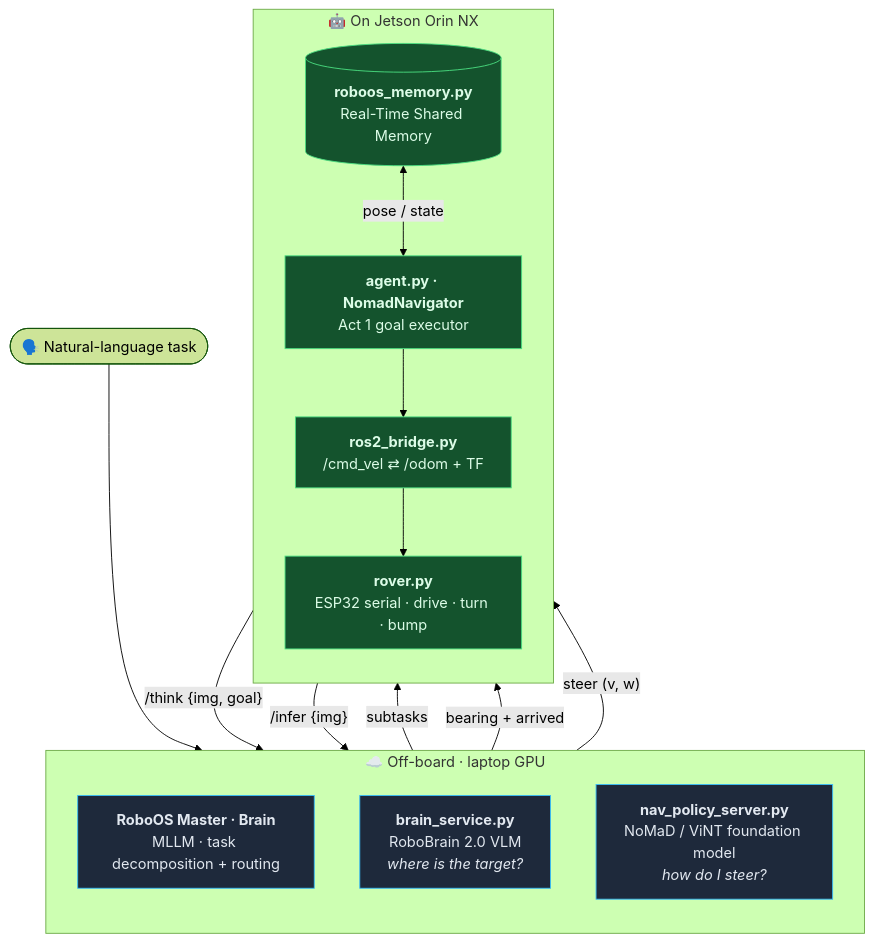
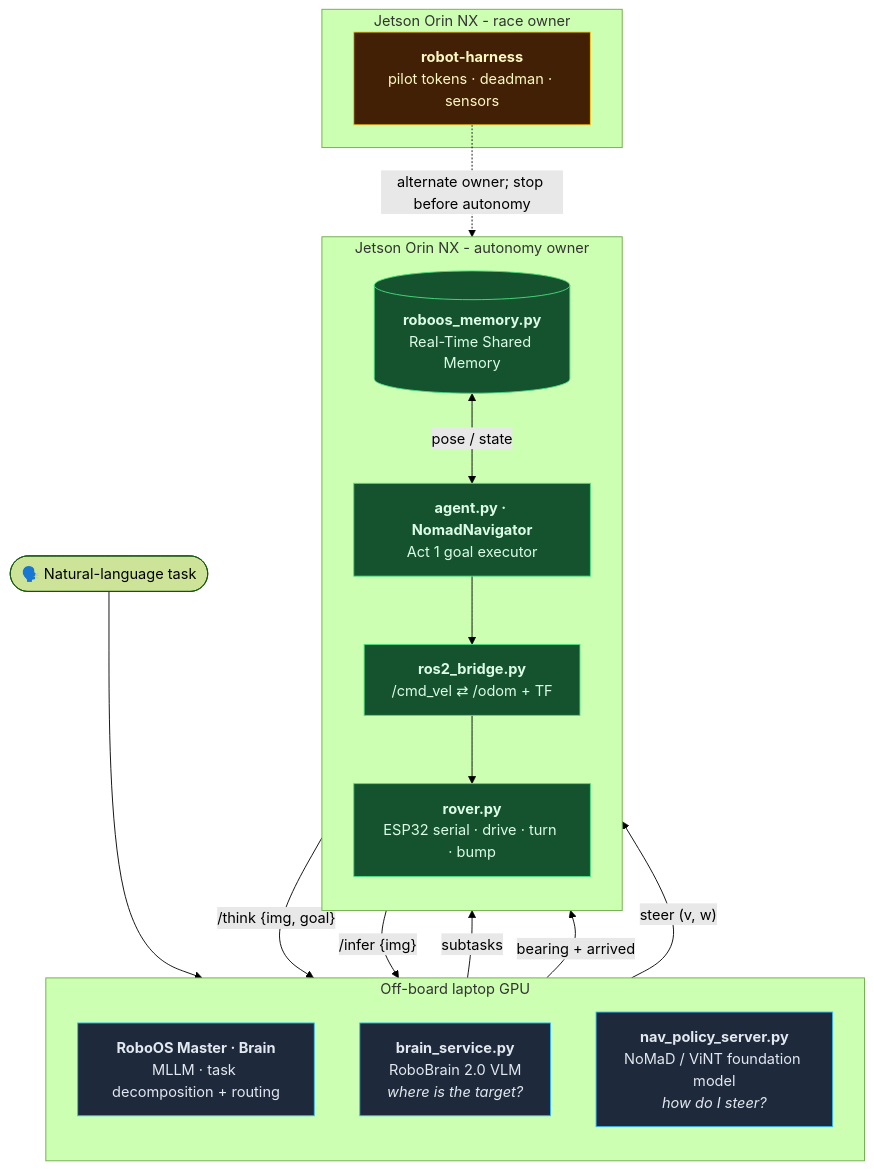
One commit to 0xSoftBoi/onchain-rover-solana changed the first of 4 diagrams in ROBOTICS.md. Above: the diagram before and after it, drawn with Mermaid (forest theme). The commit also changed other lines of this file and 31 other files, not shown here.

Commit message:
Update Clanker500 docs and show flow

````diff
--- a/ROBOTICS.md
+++ b/ROBOTICS.md
@@ -23,28 +30,34 @@
 ```mermaid
 flowchart TB
     task(["🗣️ Natural-language task"]) --> Brain
-    subgraph CLOUD["☁️ Off-board · laptop GPU"]
+    subgraph CLOUD["Off-board laptop GPU"]
       direction TB
       Brain["<b>RoboOS Master · Brain</b><br/>MLLM · task decomposition + routing"]
       RB["<b>brain_service.py</b><br/>RoboBrain 2.0 VLM<br/><i>where is the target?</i>"]
       NM["<b>nav_policy_server.py</b><br/>NoMaD / ViNT foundation model<br/><i>how do I steer?</i>"]
     end
-    subgraph EDGE["🤖 On Jetson Orin NX"]
+    subgraph EDGE["Jetson Orin NX - autonomy owner"]
       direction TB
       AG["<b>agent.py · NomadNavigator</b><br/>Act 1 goal executor"]
       BR["<b>ros2_bridge.py</b><br/>/cmd_vel ⇄ /odom + TF"]
       RV["<b>rover.py</b><br/>ESP32 serial · drive · turn · bump"]
       MEM[("<b>roboos_memory.py</b><br/>Real-Time Shared Memory")]
+    end
+    subgraph RACE["Jetson Orin NX - race owner"]
+      RH["<b>robot-harness</b><br/>pilot tokens · deadman · sensors"]
     end
     Brain -->|subtasks| AG
     AG -->|"/think {img, goal}"| RB
     RB -->|"bearing + arrived"| AG
     AG -->|"/infer {img}"| NM
     NM -->|"steer (v, w)"| AG
     AG --> BR --> RV
     MEM <-->|"pose / state"| AG
+    RH -.->|"alternate owner; stop before autonomy"| RV
     classDef cloud fill:#1e293b,stroke:#38bdf8,color:#e2e8f0;
     classDef edge fill:#14532d,stroke:#4ade80,color:#dcfce7;
+    classDef race fill:#422006,stroke:#facc15,color:#fef9c3;
     class Brain,RB,NM cloud;
     class AG,BR,RV,MEM edge;
+    class RH race;
 ```
````
